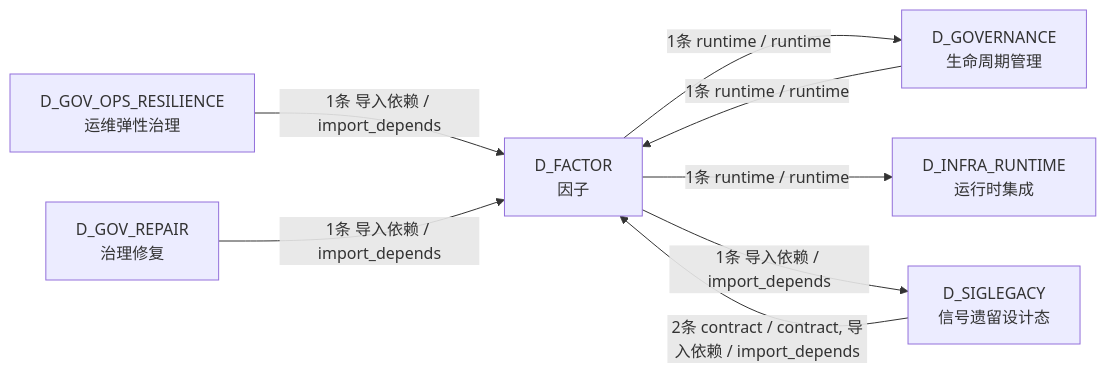
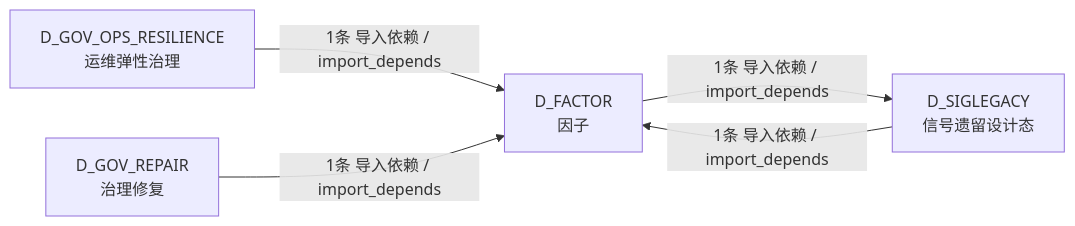
One commit to xuanFelixVan/ZephyrAlpha changed the fourth of 4 diagrams in docs/02_enterprise_architecture/02_domain_architecture_docs/36_d_factor.md. Above: the diagram before and after it, drawn with Mermaid. The commit also changed other lines of this file and 125 other files, not shown here.

````diff
--- a/docs/02_enterprise_architecture/02_domain_architecture_docs/36_d_factor.md
+++ b/docs/02_enterprise_architecture/02_domain_architecture_docs/36_d_factor.md
@@ -211,16 +194,11 @@
 ```mermaid
 graph LR
     D_FACTOR["D_FACTOR<br/>因子"]
-    D_GOVERNANCE["D_GOVERNANCE<br/>生命周期管理"]
-    D_INFRA_RUNTIME["D_INFRA_RUNTIME<br/>运行时集成"]
     D_SIGLEGACY["D_SIGLEGACY<br/>信号遗留设计态"]
     D_GOV_OPS_RESILIENCE["D_GOV_OPS_RESILIENCE<br/>运维弹性治理"]
     D_GOV_REPAIR["D_GOV_REPAIR<br/>治理修复"]
-    D_FACTOR -->|1条 runtime / runtime| D_GOVERNANCE
-    D_FACTOR -->|1条 runtime / runtime| D_INFRA_RUNTIME
     D_FACTOR -->|1条 导入依赖 / import_depends| D_SIGLEGACY
-    D_SIGLEGACY -->|2条 contract / contract, 导入依赖 / import_depends| D_FACTOR
-    D_GOVERNANCE -->|1条 runtime / runtime| D_FACTOR
     D_GOV_OPS_RESILIENCE -->|1条 导入依赖 / import_depends| D_FACTOR
     D_GOV_REPAIR -->|1条 导入依赖 / import_depends| D_FACTOR
+    D_SIGLEGACY -->|1条 导入依赖 / import_depends| D_FACTOR
 ```
````
